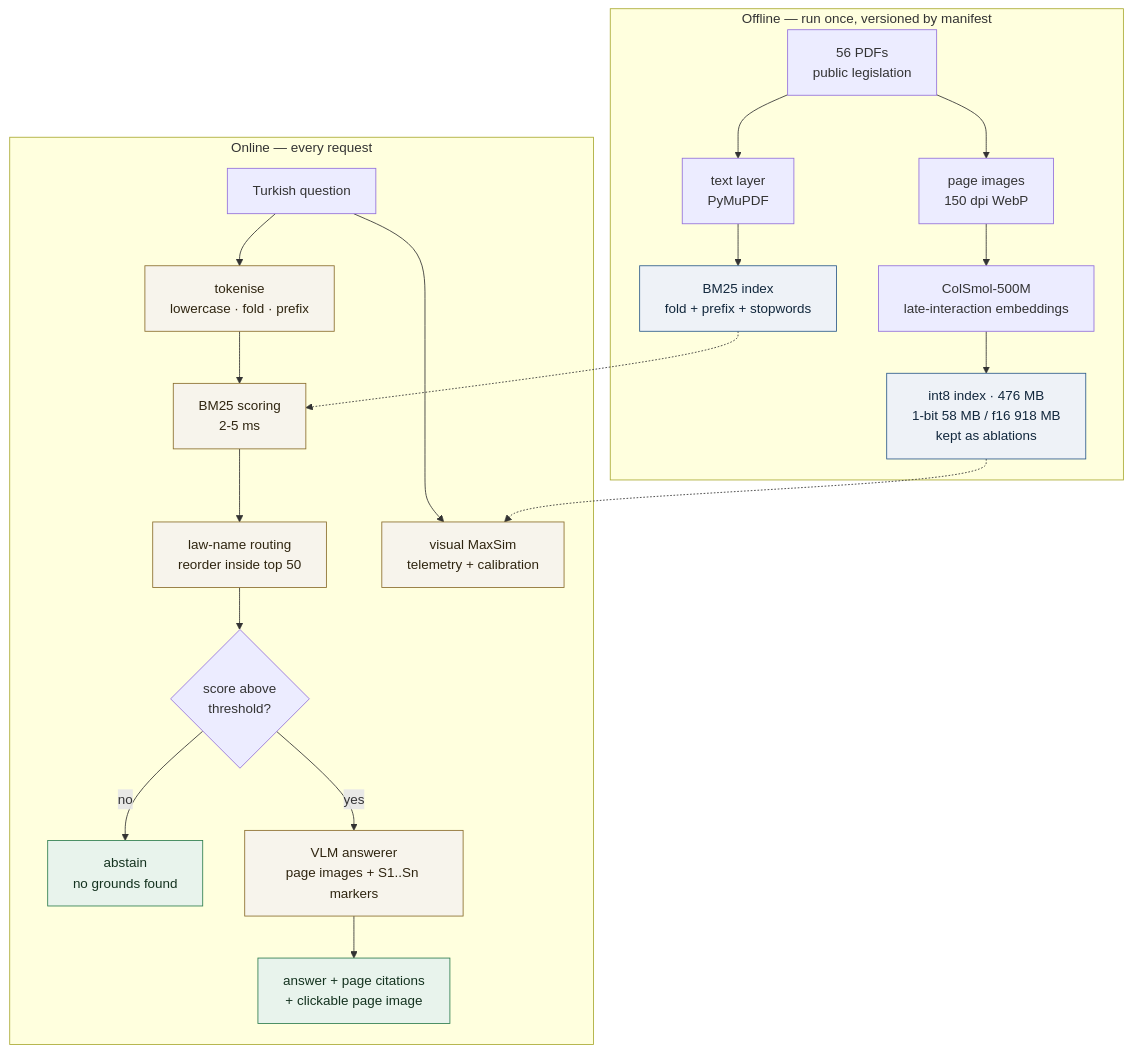
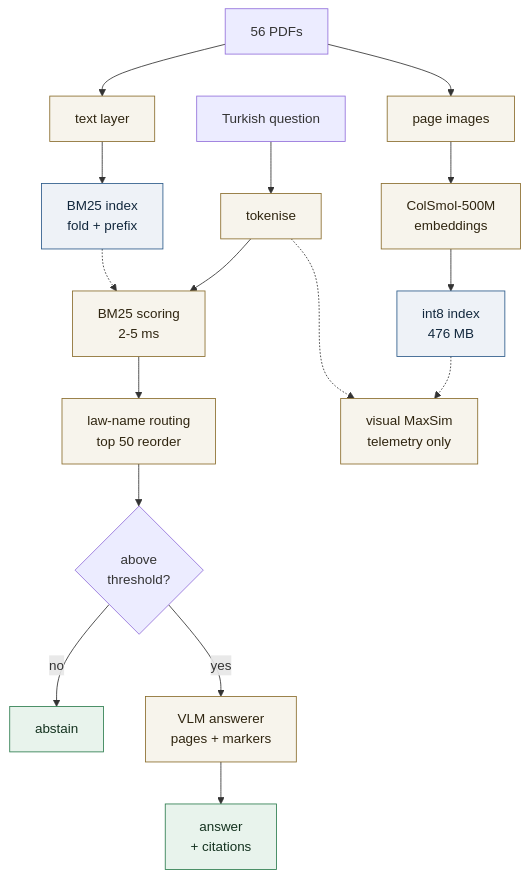
Before and after one commit to barandincoguz/belge-gozu: the third of 6 diagrams in README.md, drawn with Mermaid. The commit also changed other lines of this file, not shown here.

````diff
--- a/README.md
+++ b/README.md
@@ -118,31 +133,24 @@
 ```mermaid
 flowchart TB
-    subgraph OFF["Offline — run once, versioned by manifest"]
-        PDF["56 PDFs<br/>public legislation"] --> IMG["page images<br/>150 dpi WebP"]
-        PDF --> TXT["text layer<br/>PyMuPDF"]
-        IMG --> EMB["ColSmol-500M<br/>late-interaction embeddings"]
-        EMB --> Q8["int8 index · 476 MB<br/>1-bit 58 MB / f16 918 MB<br/>kept as ablations"]
-        TXT --> BM["BM25 index<br/>fold + prefix + stopwords"]
-    end
-
-    subgraph ON["Online — every request"]
-        QRY["Turkish question"] --> TOK["tokenise<br/>lowercase · fold · prefix"]
-        TOK --> BM25["BM25 scoring<br/>2-5 ms"]
-        BM25 --> ROUTE["law-name routing<br/>reorder inside top 50"]
-        QRY --> VIS["visual MaxSim<br/>telemetry + calibration"]
-        ROUTE --> GATE{"score above<br/>threshold?"}
-        GATE -->|no| ABS["abstain<br/>no grounds found"]
-        GATE -->|yes| LLM["VLM answerer<br/>page images + S1..Sn markers"]
-        LLM --> CITE["answer + page citations<br/>+ clickable page image"]
-    end
-
-    Q8 -.-> VIS
-    BM -.-> BM25
-
+    PDF["56 PDFs"] --> IMG["page images"]
+    PDF --> TXT["text layer"]
+    IMG --> EMB["ColSmol-500M<br/>embeddings"]
+    EMB --> Q8["int8 index<br/>476 MB"]
+    TXT --> BM["BM25 index<br/>fold + prefix"]
+    QRY["Turkish question"] --> TOK["tokenise"]
+    TOK --> SC["BM25 scoring<br/>2-5 ms"]
+    SC --> ROUTE["law-name routing<br/>top 50 reorder"]
+    ROUTE --> GATE{"above<br/>threshold?"}
+    GATE -->|no| ABS["abstain"]
+    GATE -->|yes| LLM["VLM answerer<br/>pages + markers"]
+    LLM --> CITE["answer<br/>+ citations"]
+    BM -.-> SC
+    Q8 -.-> VIS["visual MaxSim<br/>telemetry only"]
+    TOK -.-> VIS
     classDef store fill:#eef2f7,stroke:#2c5b8a,color:#12283d
     classDef act fill:#f7f4ec,stroke:#8a6d2c,color:#2f2510
     classDef out fill:#e8f3ec,stroke:#2e7d4f,color:#14321f
     class Q8,BM store
-    class TOK,BM25,ROUTE,VIS,LLM act
+    class TOK,SC,ROUTE,VIS,LLM,EMB,IMG,TXT act
     class CITE,ABS out
 ```
````
